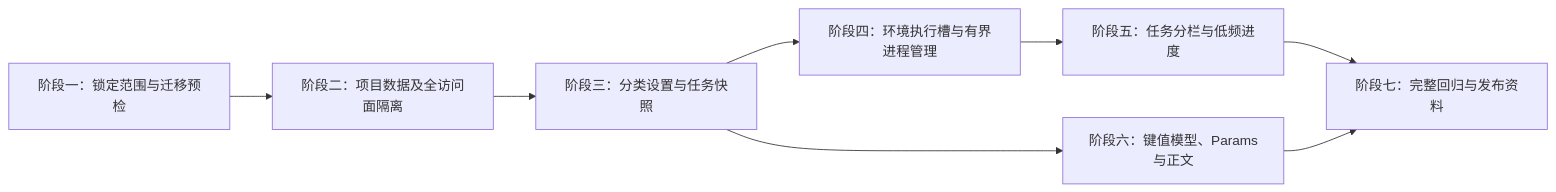
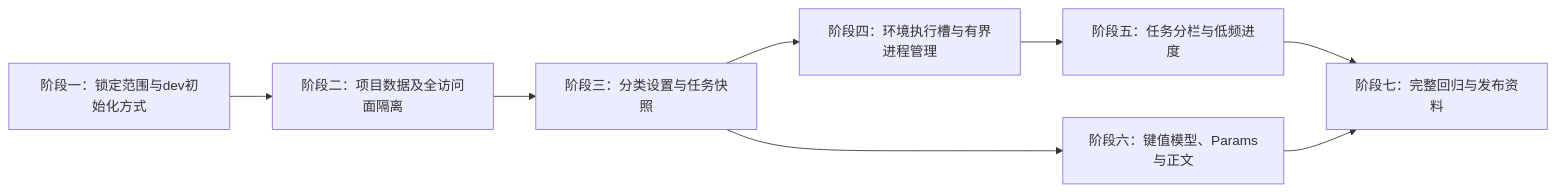
Before and after one commit to Honkey-y/docs: the first of 2 diagrams in 压测平台/代码执行计划/2026-10-20-项目隔离与工作台增强计划.md, drawn with Mermaid. The commit also changed other lines of this file and 5 other files, not shown here.

````diff
--- a/压测平台/代码执行计划/2026-10-20-项目隔离与工作台增强计划.md
+++ b/压测平台/代码执行计划/2026-10-20-项目隔离与工作台增强计划.md
@@ -47,10 +49,10 @@
 ```mermaid
 flowchart LR
-  A[阶段一：锁定范围与迁移预检] --> B[阶段二：项目数据及全访问面隔离]
+  A[阶段一：锁定范围与dev初始化方式] --> B[阶段二：项目数据及全访问面隔离]
   B --> C[阶段三：分类设置与任务快照]
   C --> D[阶段四：环境执行槽与有界进程管理]
   D --> E[阶段五：任务分栏与低频进度]
   C --> F[阶段六：键值模型、Params与正文]
   E --> G[阶段七：完整回归与发布资料]
   F --> G
 ```
````
